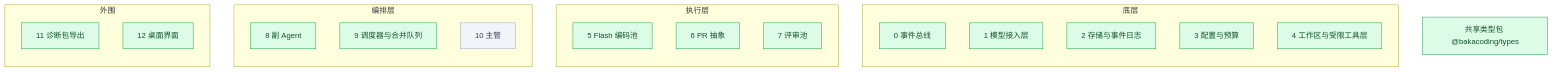
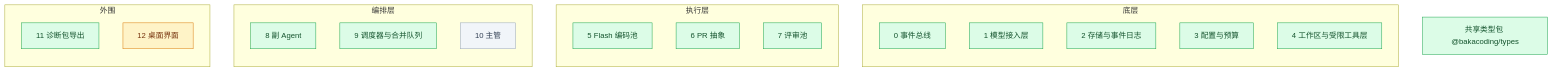
The diagram in docs/progress.md (Akarin7784/BakaCoding), drawn with Mermaid before and after one commit. The commit also changed other lines of this file and 15 other files, not shown here.

````diff
--- a/docs/progress.md
+++ b/docs/progress.md
@@ -11,32 +11,33 @@
 ```mermaid
 flowchart BT
   subgraph 底层
     M0[0 事件总线]
     M1[1 模型接入层]
     M2[2 存储与事件日志]
     M3[3 配置与预算]
     M4[4 工作区与受限工具层]
   end
   subgraph 执行层
     M5[5 Flash 编码池]
     M6[6 PR 抽象]
     M7[7 评审池]
   end
   subgraph 编排层
     M8[8 副 Agent]
     M9[9 调度器与合并队列]
     M10[10 主管]
   end
   subgraph 外围
     M11[11 诊断包导出]
     M12[12 桌面界面]
   end
   T[共享类型包 @bakacoding/types]
 
   classDef todo fill:#f1f5f9,stroke:#94a3b8,color:#334155
   classDef doing fill:#fef3c7,stroke:#d97706,color:#78350f
   classDef done fill:#dcfce7,stroke:#16a34a,color:#14532d
 
-  class M0,M1,M2,M3,M4,M5,M6,M7,M8,M9,M11,M12,T done
+  class M0,M1,M2,M3,M4,M5,M6,M7,M8,M9,M11,T done
+  class M12 doing
   class M10 todo
 ```
````
